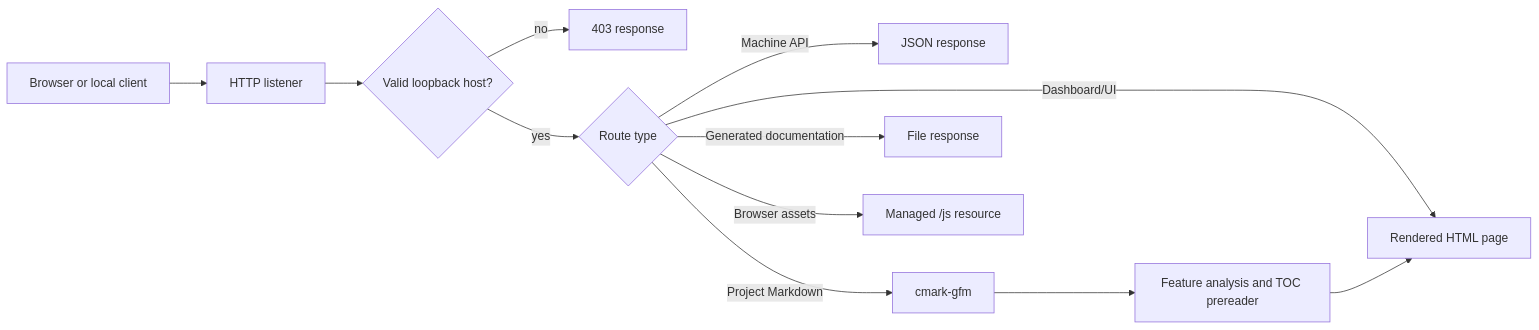
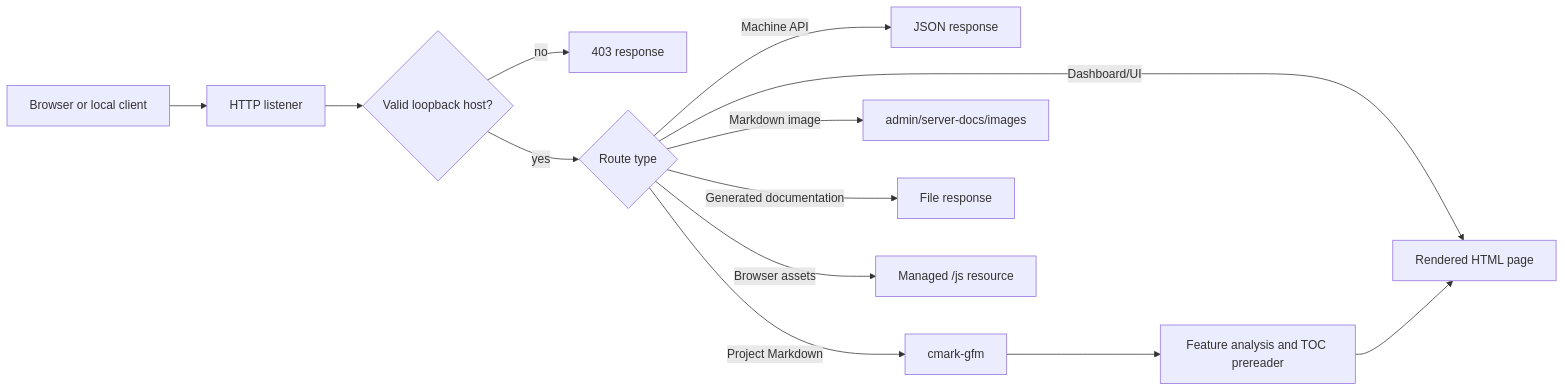
One commit to adeccscholar/BuildEngine-Admin changed the first of 2 diagrams in admin/server-docs/server.md. Above: the diagram before and after it, drawn with Mermaid. The commit also changed other lines of this file, not shown here.

Commit message:
Document Markdown images and compact Mermaid rendering

````diff
--- a/admin/server-docs/server.md
+++ b/admin/server-docs/server.md
@@ -53,14 +54,15 @@
 ```mermaid
 flowchart LR
    B[Browser or local client] --> H[HTTP listener]
    H --> V{Valid loopback host?}
    V -- no --> F[403 response]
    V -- yes --> R{Route type}
    R -->|Machine API| J[JSON response]
    R -->|Dashboard/UI| P[Rendered HTML page]
    R -->|Project Markdown| M[cmark-gfm]
    M --> A[Feature analysis and TOC prereader]
    A --> P
+   R -->|Markdown image| I[admin/server-docs/images]
    R -->|Generated documentation| S[File response]
    R -->|Browser assets| W[Managed /js resource]
 ```
````
